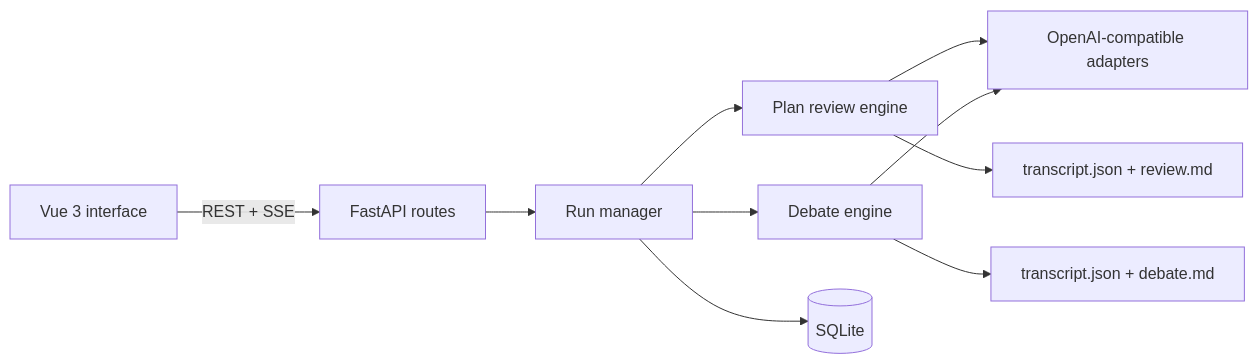
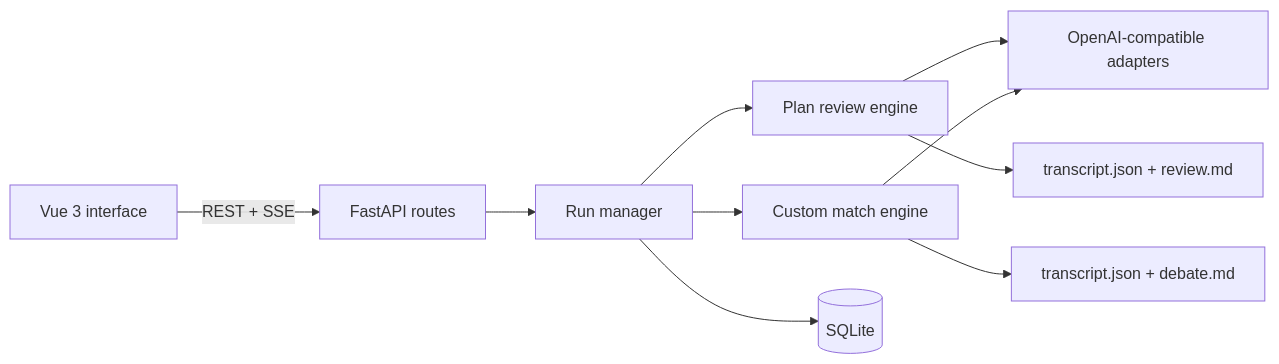
One commit to chenxy1021/agent-arena changed the diagram in README.md. Above: the diagram before and after it, drawn with Mermaid. The commit also changed other lines of this file and 19 other files, not shown here.

````diff
--- a/README.md
+++ b/README.md
@@ -136,12 +139,12 @@
 ```mermaid
 flowchart LR
     UI[Vue 3 interface] -->|REST + SSE| API[FastAPI routes]
     API --> MANAGER[Run manager]
     MANAGER --> REVIEW[Plan review engine]
-    MANAGER --> DEBATE[Debate engine]
+    MANAGER --> DEBATE[Custom match engine]
     REVIEW --> PROVIDERS[OpenAI-compatible adapters]
     DEBATE --> PROVIDERS
     MANAGER --> DB[(SQLite)]
     REVIEW --> REVIEWRUNS[transcript.json + review.md]
     DEBATE --> DEBATERUNS[transcript.json + debate.md]
 ```
````
